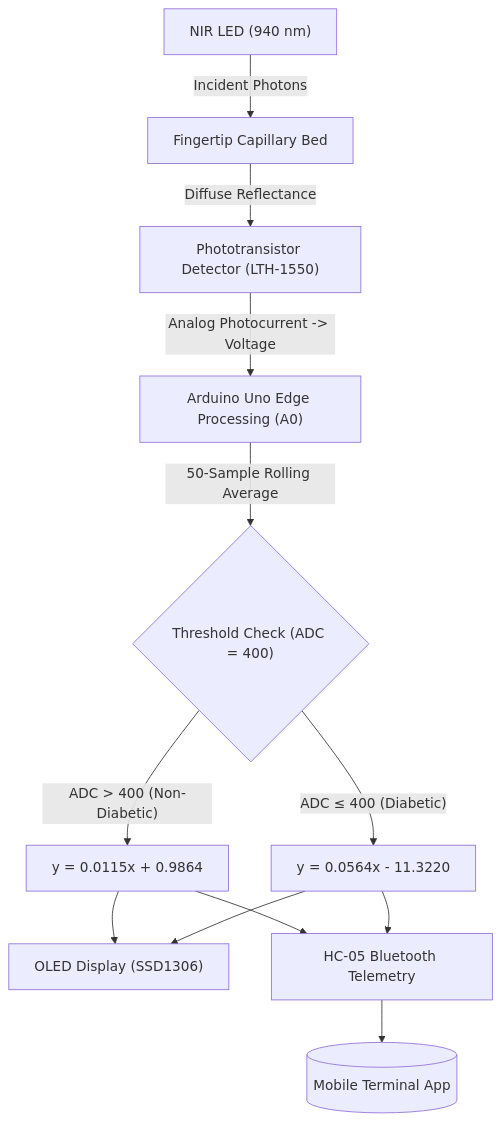
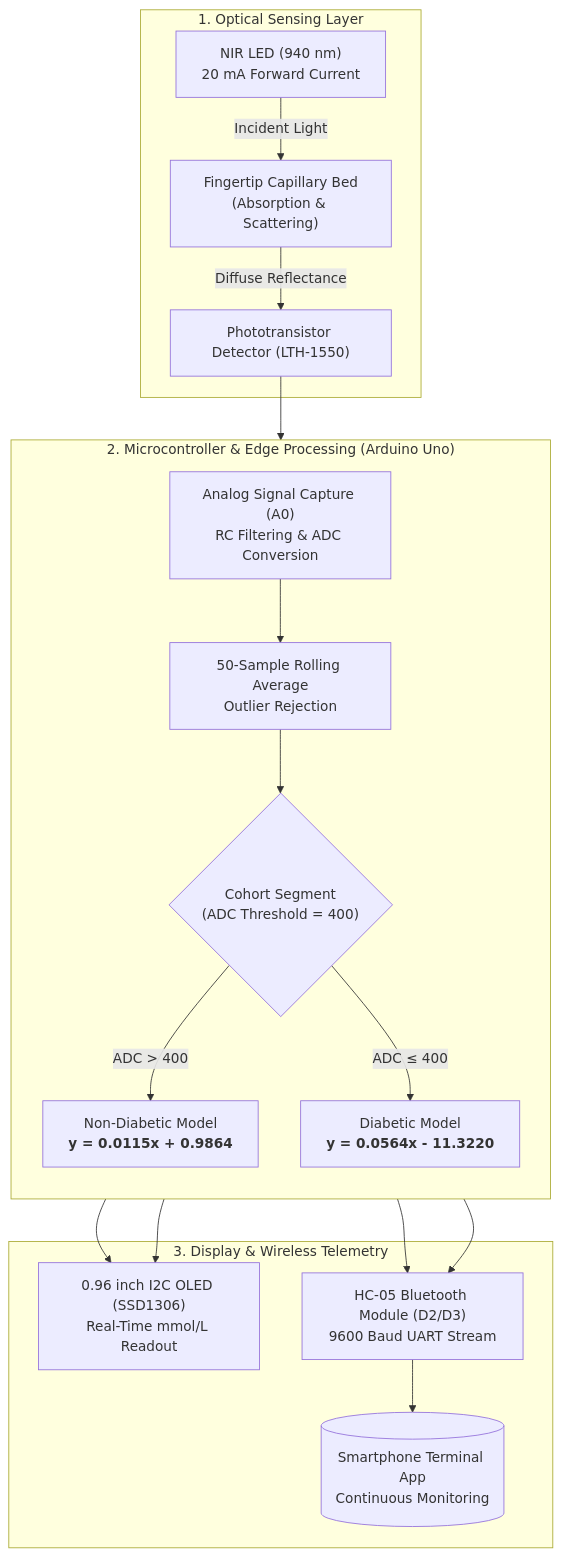
The diagram in README.md (dippaul-dp/non-invasive-glucose-monitoring-nir), drawn with Mermaid before and after one commit. The commit also changed other lines of this file, not shown here.

````diff
--- a/README.md
+++ b/README.md
@@ -16,14 +17,34 @@
 ```mermaid
 flowchart TD
-    A["NIR LED (940 nm)"] -->|"Incident Photons"| B["Fingertip Capillary Bed"]
-    B -->|"Diffuse Reflectance"| C["Phototransistor Detector (LTH-1550)"]
-    C -->|"Analog Photocurrent -> Voltage"| D["Arduino Uno Edge Processing (A0)"]
-    D -->|"50-Sample Rolling Average"| E{"Threshold Check (ADC = 400)"}
-    E -- "ADC > 400 (Non-Diabetic)" --> F["y = 0.0115x + 0.9864"]
-    E -- "ADC ≤ 400 (Diabetic)" --> G["y = 0.0564x - 11.3220"]
-    F --> H["OLED Display (SSD1306)"]
-    G --> H
-    F --> I["HC-05 Bluetooth Telemetry"]
-    G --> I
-    I --> J[("Mobile Terminal App")]
+    subgraph OPTICS ["1. Optical Sensing Layer"]
+        A["NIR LED (940 nm)<br/>20 mA Forward Current"] -->|"Incident Light"| B["Fingertip Capillary Bed<br/>(Absorption & Scattering)"]
+        B -->|"Diffuse Reflectance"| C["Phototransistor Detector (LTH-1550)"]
+    end
+
+    subgraph EDGE ["2. Microcontroller & Edge Processing (Arduino Uno)"]
+        direction TB
+        D["Analog Signal Capture (A0)<br/>RC Filtering & ADC Conversion"]
+        E["50-Sample Rolling Average<br/>Outlier Rejection"]
+        F{"Cohort Segment<br/>(ADC Threshold = 400)"}
+        G["Non-Diabetic Model<br/><b>y = 0.0115x + 0.9864</b>"]
+        H["Diabetic Model<br/><b>y = 0.0564x - 11.3220</b>"]
+
+        D --> E --> F
+        F -- "ADC > 400" --> G
+        F -- "ADC ≤ 400" --> H
+    end
+
+    subgraph TELEMETRY ["3. Display & Wireless Telemetry"]
+        I["0.96 inch I2C OLED (SSD1306)<br/>Real-Time mmol/L Readout"]
+        J["HC-05 Bluetooth Module (D2/D3)<br/>9600 Baud UART Stream"]
+        K[("Smartphone Terminal App<br/>Continuous Monitoring")]
+        
+        G --> I
+        H --> I
+        G --> J
+        H --> J
+        J --> K
+    end
+
+    C --> D
 ```
````
